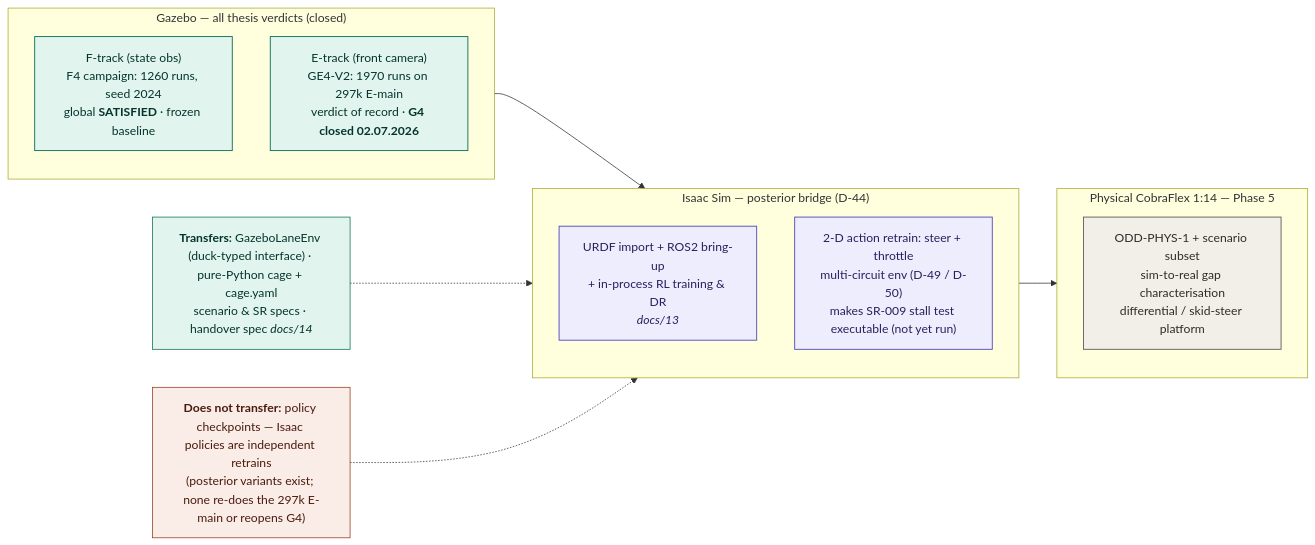
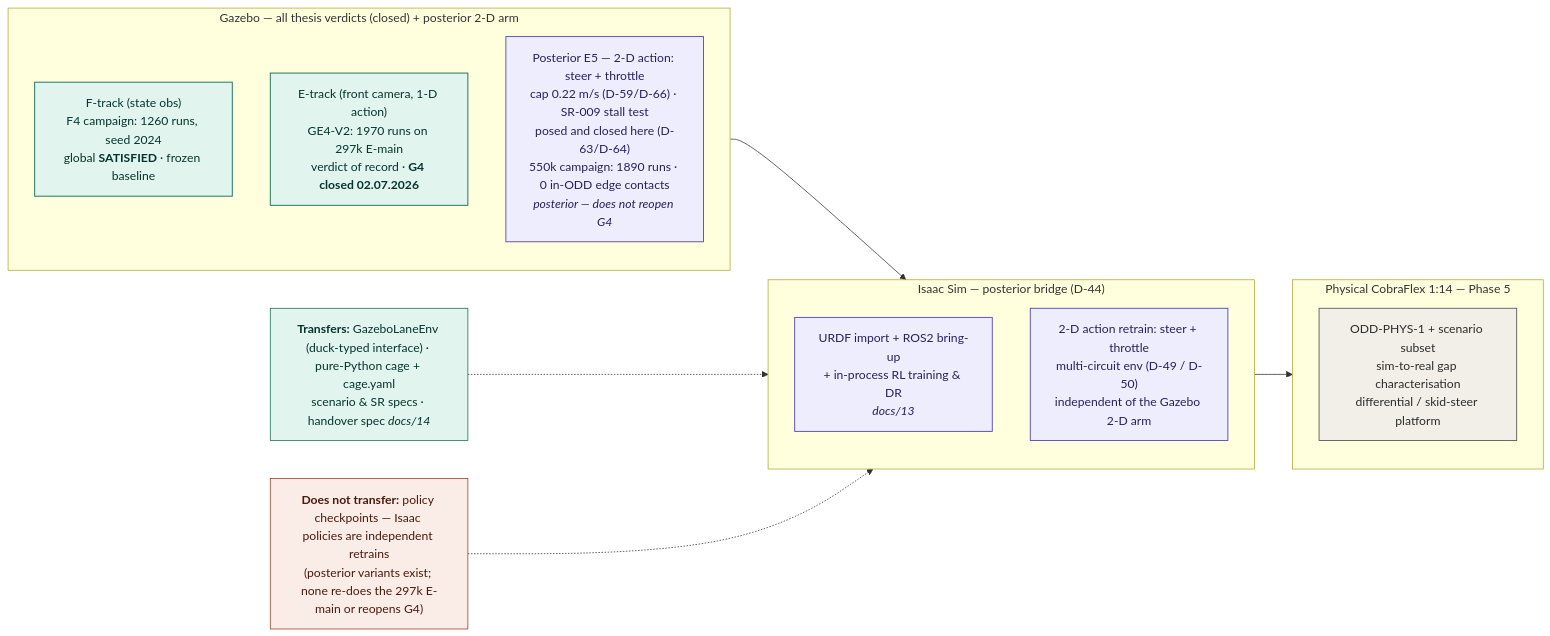
The second of 2 diagrams in manuscript/chapters/chapter_08_experimental_evaluation.md (snchz46/MT-SE4AI-Safe-RL-Cobraflex), drawn with Mermaid before and after one commit. The commit also changed other lines of this file and 347 other files, not shown here.

````diff
--- a/manuscript/chapters/chapter_08_experimental_evaluation.md
+++ b/manuscript/chapters/chapter_08_experimental_evaluation.md
@@ -1056,39 +1218,40 @@
 ```mermaid
 %% Fuente canónica: manuscript/figures/sim2real_roadmap.mmd
 flowchart LR
-    subgraph GZB ["Gazebo &mdash; all thesis verdicts (closed)"]
+    subgraph GZB ["Gazebo &mdash; all thesis verdicts (closed) + posterior 2-D arm"]
         direction TB
         F["F-track (state obs)<br/>F4 campaign: 1260 runs, seed 2024<br/>global <b>SATISFIED</b> &middot; frozen baseline"]
-        E["E-track (front camera)<br/>GE4-V2: 1970 runs on 297k E-main<br/>verdict of record &middot; <b>G4 closed 02.07.2026</b>"]
+        E["E-track (front camera, 1-D action)<br/>GE4-V2: 1970 runs on 297k E-main<br/>verdict of record &middot; <b>G4 closed 02.07.2026</b>"]
+        E2D["Posterior E5 &mdash; 2-D action: steer + throttle<br/>cap 0.22 m/s (D-59/D-66) &middot; SR-009 stall test<br/>posed and closed here (D-63/D-64)<br/>550k campaign: 1890 runs &middot; 0 in-ODD edge contacts<br/><i>posterior &mdash; does not reopen G4</i>"]
     end
 
     subgraph ISC ["Isaac Sim &mdash; posterior bridge (D-44)"]
         direction TB
         I1["URDF import + ROS2 bring-up<br/>+ in-process RL training &amp; DR<br/><i>docs/13</i>"]
-        I2["2-D action retrain: steer + throttle<br/>multi-circuit env (D-49 / D-50)<br/>makes SR-009 stall test executable (not yet run)"]
+        I2["2-D action retrain: steer + throttle<br/>multi-circuit env (D-49 / D-50)<br/>independent of the Gazebo 2-D arm"]
     end
 
     subgraph PHY ["Physical CobraFlex 1:14 &mdash; Phase 5"]
         direction TB
         P1["ODD-PHYS-1 + scenario subset<br/>sim-to-real gap characterisation<br/>differential / skid-steer platform"]
     end
 
     GZB --> ISC --> PHY
 
     T["<b>Transfers:</b> GazeboLaneEnv (duck-typed interface) &middot; pure-Python cage + cage.yaml<br/>scenario &amp; SR specs &middot; handover spec <i>docs/14</i>"]
     NT["<b>Does not transfer:</b> policy checkpoints &mdash; Isaac policies are independent retrains<br/>(posterior variants exist; none re-does the 297k E-main or reopens G4)"]
 
     T -.-> ISC
     NT -.-> ISC
 
     classDef closed  fill:#E1F5EE,stroke:#0F6E56,color:#04342C,stroke-width:1.2px;
     classDef post    fill:#EEEDFE,stroke:#534AB7,color:#26215C,stroke-width:1.2px;
     classDef future  fill:#F1EFE8,stroke:#5F5E5A,color:#2C2C2A,stroke-width:1.2px;
     classDef note_ok fill:#E1F5EE,stroke:#0F6E56,color:#04342C,stroke-width:1px;
     classDef note_no fill:#FAECE7,stroke:#993C1D,color:#4A1B0C,stroke-width:1px;
     class F,E closed;
-    class I1,I2 post;
+    class E2D,I1,I2 post;
     class P1 future;
     class T note_ok;
     class NT note_no;
 ```
````
